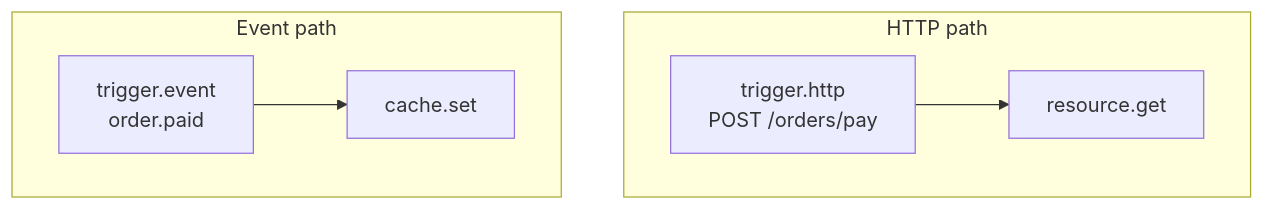
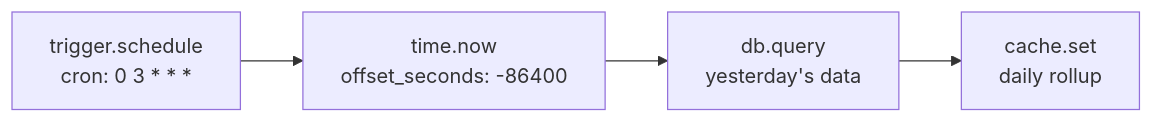
The first of 2 diagrams in apps/docs/flows/triggers.mdx (sillohq/pawabase), drawn with Mermaid before and after one commit. The commit also changed other lines of this file and 90 other files, not shown here.

````diff
--- a/apps/docs/flows/triggers.mdx
+++ b/apps/docs/flows/triggers.mdx
@@ -355,9 +145,6 @@
 ```mermaid
-flowchart TB
-  subgraph "HTTP path"
-    A["trigger.http<br/>POST /orders/pay"] --> B["resource.get"]
-  end
-  subgraph "Event path"
-    C["trigger.event<br/>order.paid"] --> D["cache.set"]
-  end
+flowchart LR
+  A["trigger.schedule<br/>cron: 0 3 * * *"] --> B["time.now<br/>offset_seconds: -86400"]
+  B --> C["db.query<br/>yesterday's data"]
+  C --> D["cache.set<br/>daily rollup"]
 ```
````
